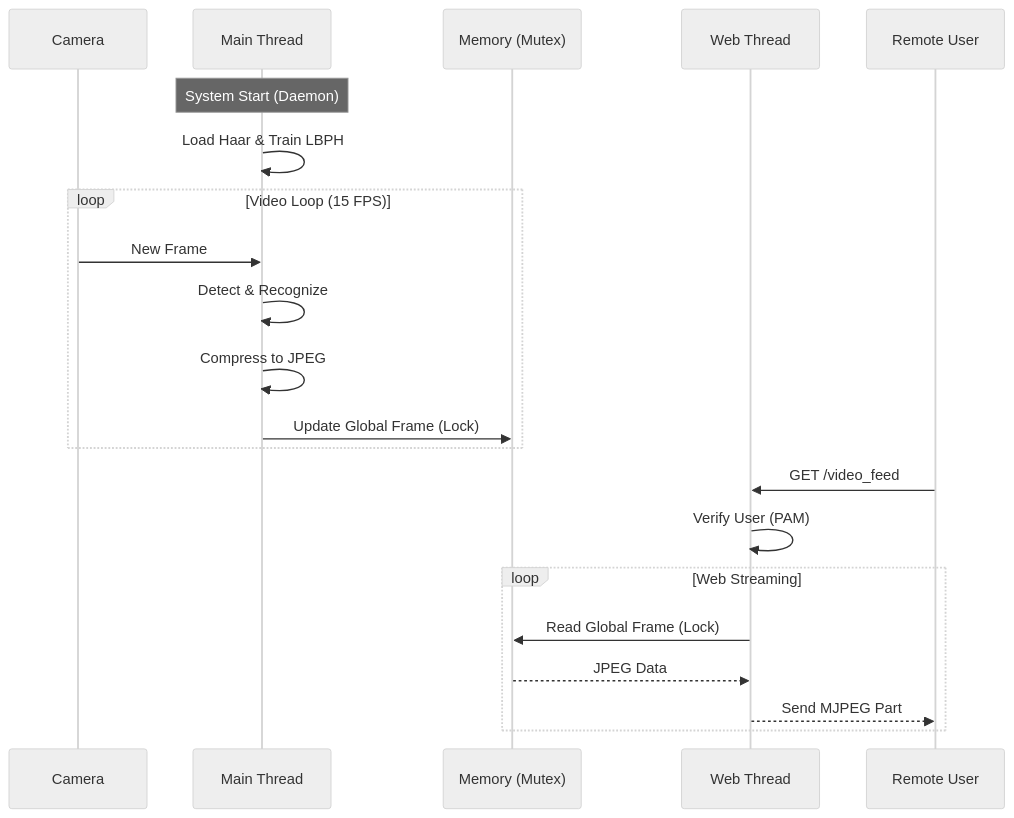
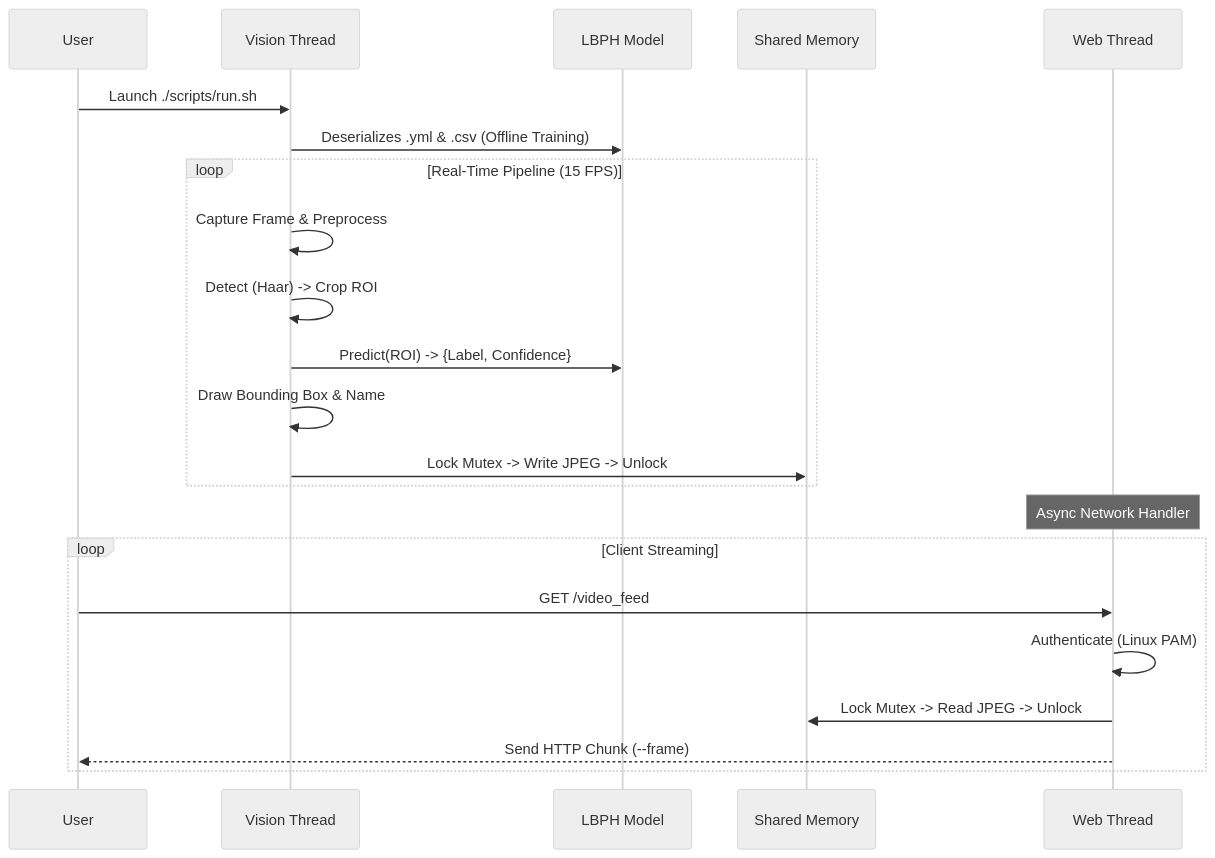
The second of 2 diagrams in README.md (jomendietad/Face-Recognition), drawn with Mermaid (neutral theme) before and after one commit. The commit also changed other lines of this file and 2 other files, not shown here.

````diff
--- a/README.md
+++ b/README.md
@@ -80,27 +77,27 @@
 ```mermaid
 sequenceDiagram
-    participant Cam as Camera
-    participant Main as Main Thread
-    participant Shared as Memory (Mutex)
+    participant User
+    participant Main as Vision Thread
+    participant Model as LBPH Model
+    participant Shared as Shared Memory
     participant Web as Web Thread
-    participant User as Remote User
 
-    Note over Main: System Start (Daemon)
-    Main->>Main: Load Haar & Train LBPH
+    User->>Main: Launch ./scripts/run.sh
+    Main->>Model: Deserializes .yml & .csv (Offline Training)
     
-    loop Video Loop (15 FPS)
-        Cam->>Main: New Frame
-        Main->>Main: Detect & Recognize
-        Main->>Main: Compress to JPEG
-        Main->>Shared: Update Global Frame (Lock)
+    loop Real-Time Pipeline (15 FPS)
+        Main->>Main: Capture Frame & Preprocess
+        Main->>Main: Detect (Haar) -> Crop ROI
+        Main->>Model: Predict(ROI) -> {Label, Confidence}
+        Main->>Main: Draw Bounding Box & Name
+        Main->>Shared: Lock Mutex -> Write JPEG -> Unlock
     end
 
-    User->>Web: GET /video_feed
-    Web->>Web: Verify User (PAM)
-    
-    loop Web Streaming
-        Web->>Shared: Read Global Frame (Lock)
-        Shared-->>Web: JPEG Data
-        Web-->>User: Send MJPEG Part
+    Note over Web: Async Network Handler
+    loop Client Streaming
+        User->>Web: GET /video_feed
+        Web->>Web: Authenticate (Linux PAM)
+        Web->>Shared: Lock Mutex -> Read JPEG -> Unlock
+        Web-->>User: Send HTTP Chunk (--frame)
     end
 ```
````
